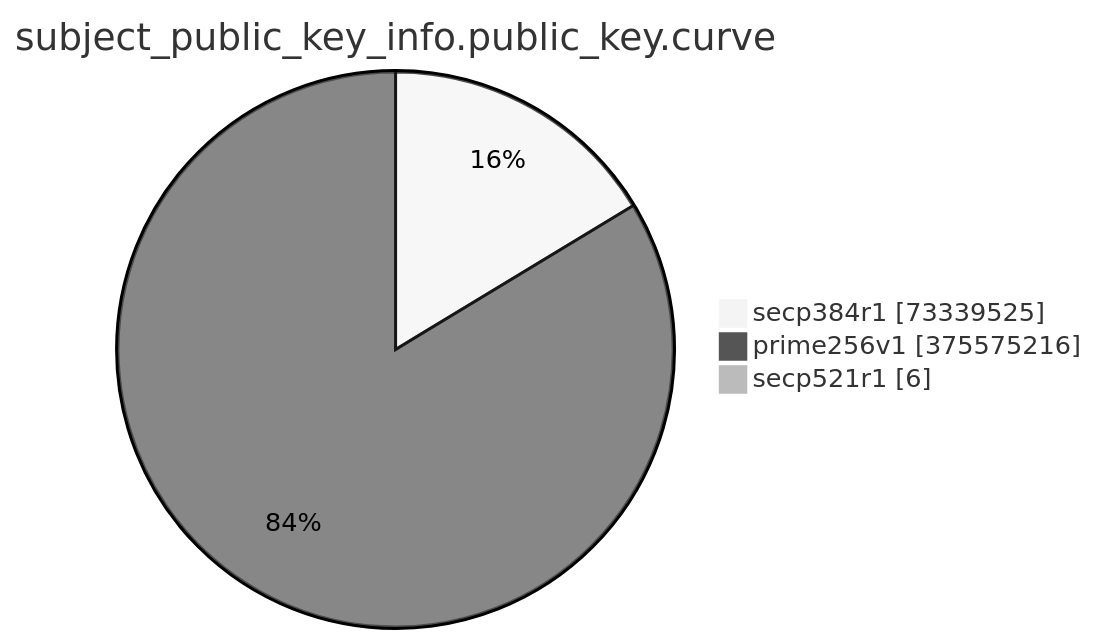
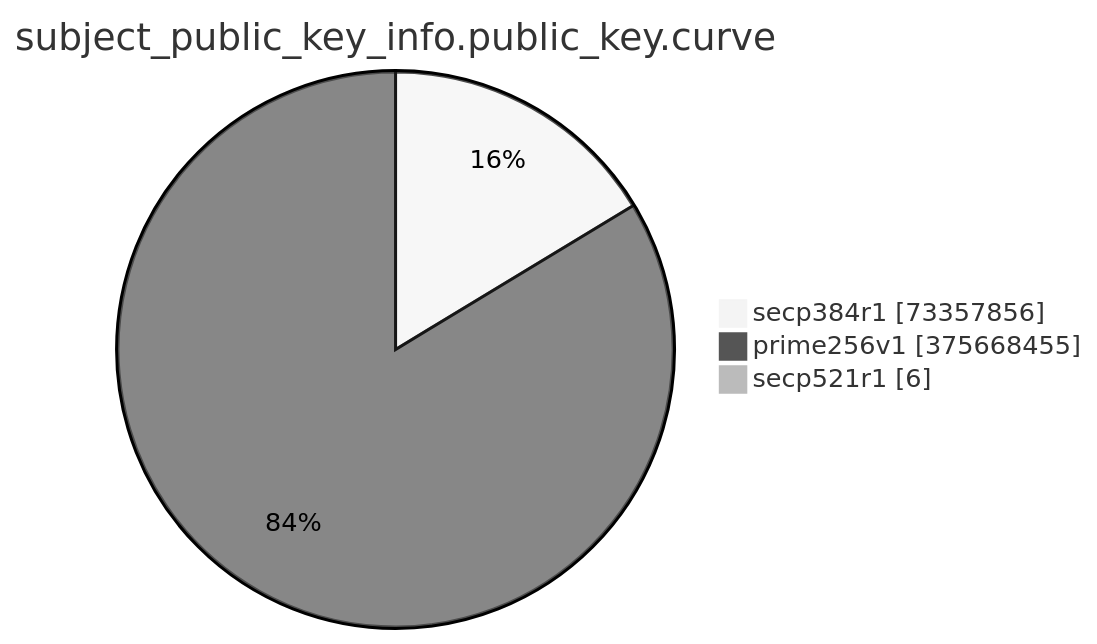
Before and after one commit to christiankrug/ctmonitor_visualization: the eighth of 15 diagrams in TOTAL/README.md, drawn with Mermaid (neutral theme). The commit also changed other lines of this file, not shown here.

````diff
--- a/TOTAL/README.md
+++ b/TOTAL/README.md
@@ -3092,7 +3092,7 @@
 ```mermaid
 pie showData
 title subject_public_key_info.public_key.curve
-"secp384r1" :73339525
-"prime256v1" :375575216
+"secp384r1" :73357856
+"prime256v1" :375668455
 "secp521r1" :6
 ```
````
